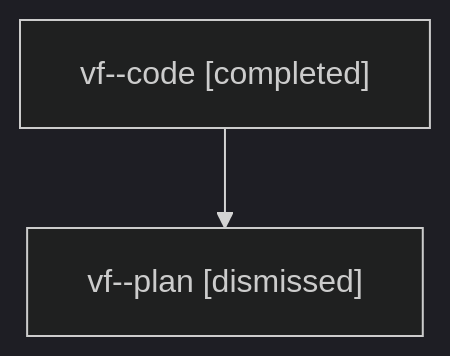
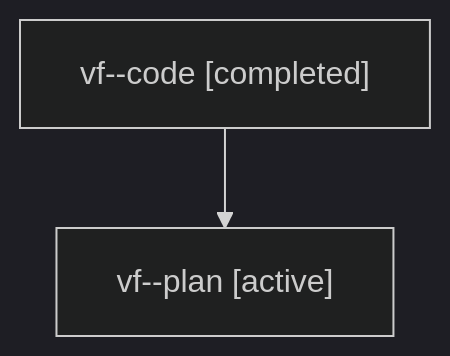
The diagram in families/bbugyi200.athena.vf.md (sase-org/sase--agents), drawn with Mermaid (dark theme) before and after one commit. The commit also changed other lines of this file and 35830 other files, not shown here.

````diff
--- a/families/bbugyi200.athena.vf.md
+++ b/families/bbugyi200.athena.vf.md
@@ -9,6 +9,6 @@
 ```mermaid
 flowchart TD
   n0["vf--code [completed]"]
-  n1["vf--plan [dismissed]"]
+  n1["vf--plan [active]"]
   n0 --> n1
 ```
````
